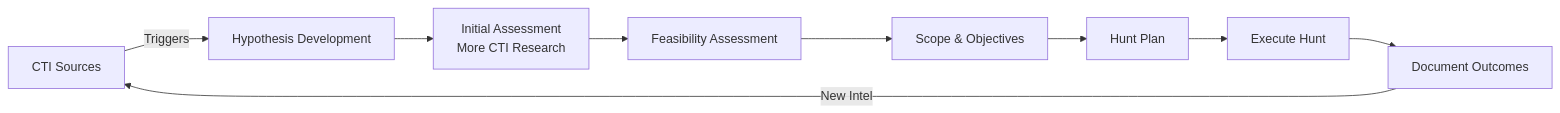
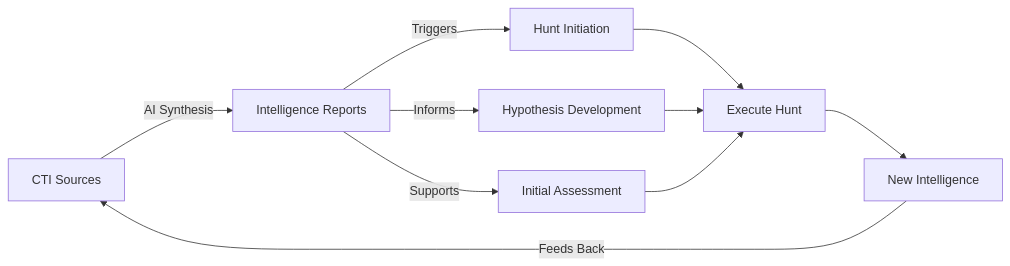
Before and after one commit to sims718718/UnifiedThreatHunting: the diagram in Threat_Intelligennce/ThreatIntelligence_Meets_ThreatHunting.md, drawn with Mermaid. The commit also changed other lines of this file, not shown here.

````diff
--- a/Threat_Intelligennce/ThreatIntelligence_Meets_ThreatHunting.md
+++ b/Threat_Intelligennce/ThreatIntelligence_Meets_ThreatHunting.md
@@ -262,11 +79,12 @@
 ```mermaid
 graph LR
-    A[CTI Sources] -->|Triggers| B[Hypothesis Development]
-    B --> C[Initial Assessment<br/>More CTI Research]
-    C --> D[Feasibility Assessment]
-    D --> E[Scope & Objectives]
-    E --> F[Hunt Plan]
-    F --> G[Execute Hunt]
-    G --> H[Document Outcomes]
-    H -->|New Intel| A
+    A[CTI Sources] -->|AI Synthesis| B[Intelligence Reports]
+    B -->|Triggers| C[Hunt Initiation]
+    B -->|Informs| D[Hypothesis Development]
+    B -->|Supports| E[Initial Assessment]
+    C --> F[Execute Hunt]
+    D --> F
+    E --> F
+    F --> G[New Intelligence]
+    G -->|Feeds Back| A
 ```
````
